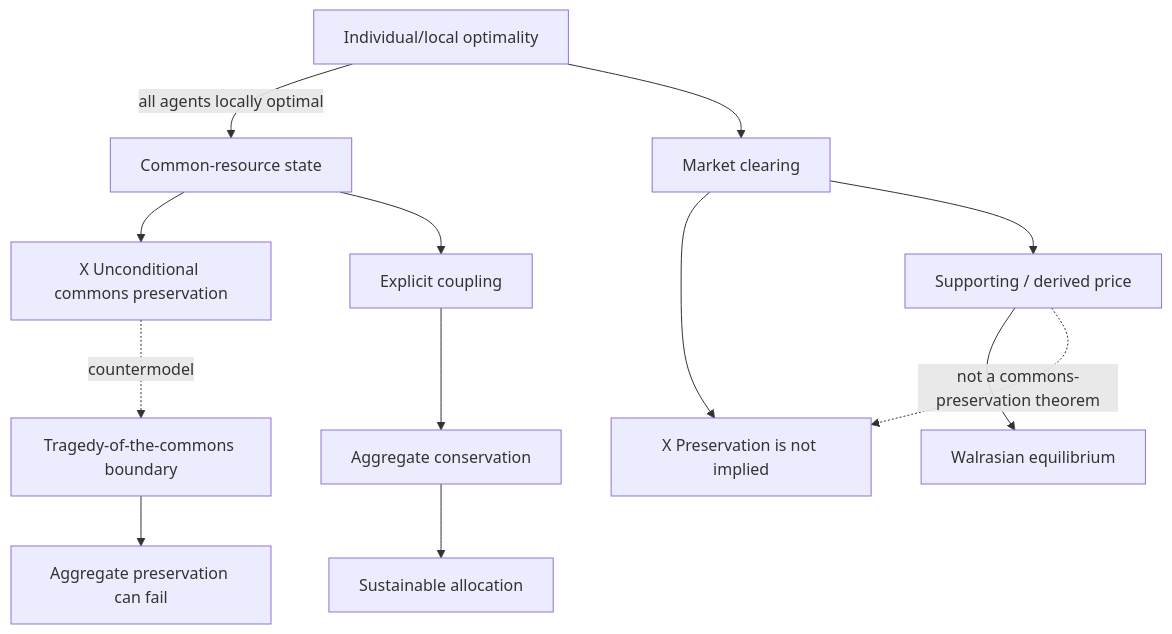
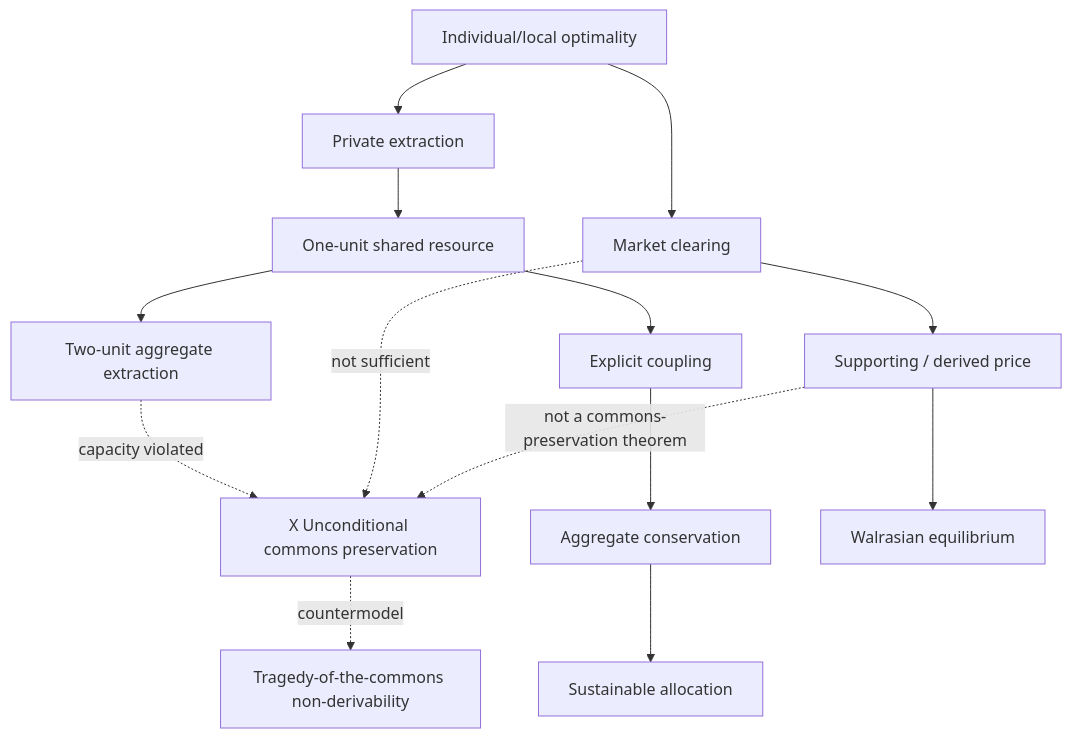
One commit to JohnChristianD/Actions changed the diagram in .ci/discovery/commons-nonderivability-2026-09-26.mmd. Above: the diagram before and after it, drawn with Mermaid.

Commit message:
Graph explicit commons depletion path

```diff
--- a/.ci/discovery/commons-nonderivability-2026-09-26.mmd
+++ b/.ci/discovery/commons-nonderivability-2026-09-26.mmd
@@ -1,13 +1,14 @@
 flowchart TD
-  LO["Individual/local optimality"] -->|all agents locally optimal| CO["Common-resource state"]
-  CO --> X["X Unconditional commons preservation"]
-  X -. "countermodel" .-> TC["Tragedy-of-the-commons boundary"]
-  TC --> DEPL["Aggregate preservation can fail"]
+  LO["Individual/local optimality"] --> EXT["Private extraction"]
+  EXT --> CO["One-unit shared resource"]
+  CO --> AGG["Two-unit aggregate extraction"]
+  AGG -. "capacity violated" .-> X["X Unconditional commons preservation"]
+  X -. "countermodel" .-> TC["Tragedy-of-the-commons non-derivability"]
   LO --> MC["Market clearing"]
-  MC --> X2["X Preservation is not implied"]
+  MC -. "not sufficient" .-> X
   CO --> COUP["Explicit coupling"]
   COUP --> CONS["Aggregate conservation"]
   CONS --> SUST["Sustainable allocation"]
   MC --> PRICE["Supporting / derived price"]
   PRICE --> WE["Walrasian equilibrium"]
-  PRICE -. "not a commons-preservation theorem" .-> X2
+  PRICE -. "not a commons-preservation theorem" .-> X
```
